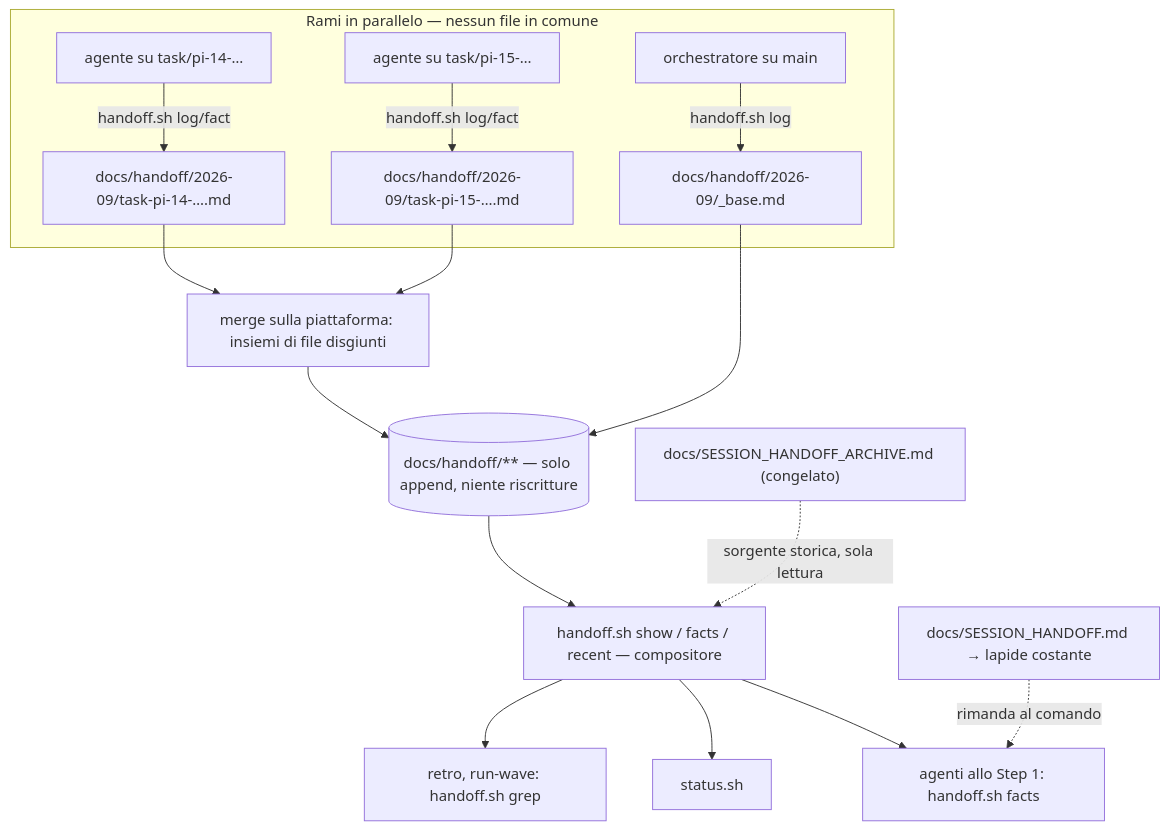
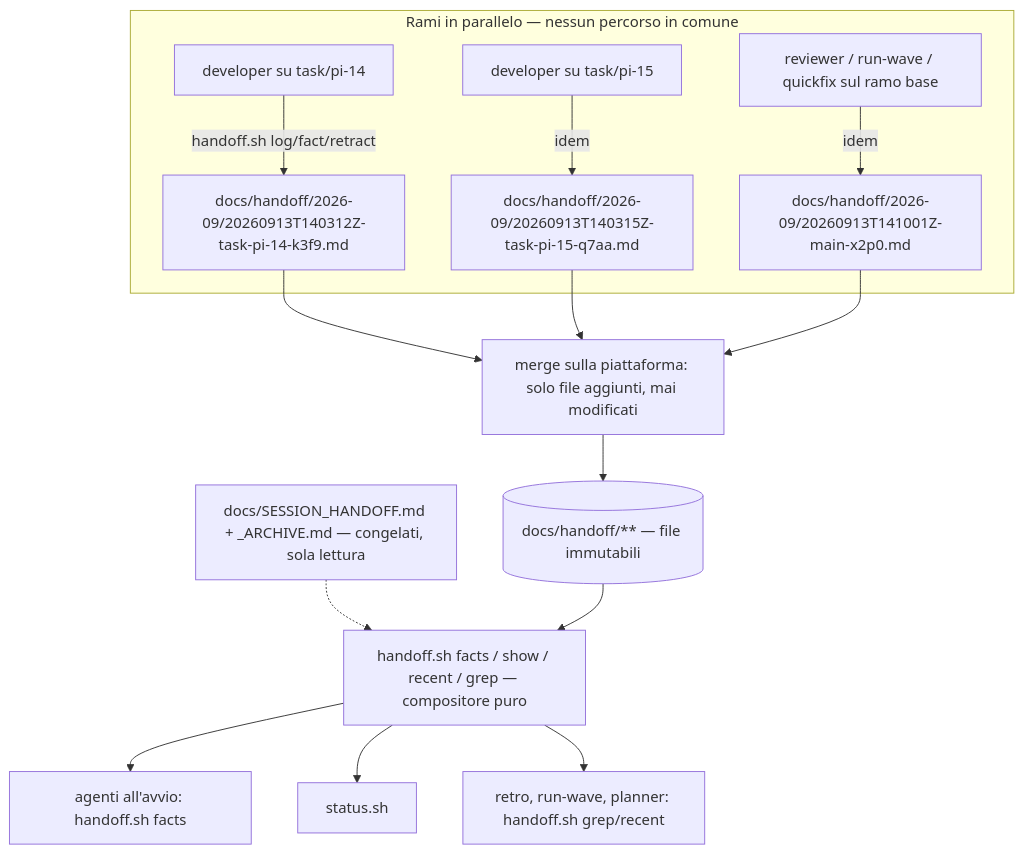
Before and after one commit to FCabiddu/pocket-it: the diagram in tech-analysis/HANDOFF_MEMORY_TECH_ANALYSIS.md, drawn with Mermaid. The commit also changed other lines of this file and 4 other files, not shown here.

````diff
--- a/tech-analysis/HANDOFF_MEMORY_TECH_ANALYSIS.md
+++ b/tech-analysis/HANDOFF_MEMORY_TECH_ANALYSIS.md
@@ -33,18 +33,17 @@
 ```mermaid
 graph TD
-  subgraph rami["Rami in parallelo — nessun file in comune"]
-    A["agente su task/pi-14-…"] -->|"handoff.sh log/fact"| FA["docs/handoff/2026-09/task-pi-14-….md"]
-    B["agente su task/pi-15-…"] -->|"handoff.sh log/fact"| FB["docs/handoff/2026-09/task-pi-15-….md"]
-    C["orchestratore su main"] -->|"handoff.sh log"| FC["docs/handoff/2026-09/_base.md"]
+  subgraph rami["Rami in parallelo — nessun percorso in comune"]
+    A["developer su task/pi-14"] -->|"handoff.sh log/fact/retract"| FA["docs/handoff/2026-09/20260913T140312Z-task-pi-14-k3f9.md"]
+    B["developer su task/pi-15"] -->|"idem"| FB["docs/handoff/2026-09/20260913T140315Z-task-pi-15-q7aa.md"]
+    C["reviewer / run-wave / quickfix sul ramo base"] -->|"idem"| FC["docs/handoff/2026-09/20260913T141001Z-main-x2p0.md"]
   end
-  FA --> M["merge sulla piattaforma: insiemi di file disgiunti"]
+  FA --> M["merge sulla piattaforma: solo file aggiunti, mai modificati"]
   FB --> M
-  M --> D[("docs/handoff/** — solo append, niente riscritture")]
-  FC --> D
-  ARCH["docs/SESSION_HANDOFF_ARCHIVE.md (congelato)"] -.->|"sorgente storica, sola lettura"| COMP
-  D --> COMP["handoff.sh show / facts / recent — compositore"]
-  COMP --> R1["agenti allo Step 1: handoff.sh facts"]
+  FC --> M
+  M --> D[("docs/handoff/** — file immutabili")]
+  OLD["docs/SESSION_HANDOFF.md + _ARCHIVE.md — congelati, sola lettura"] -.-> COMP
+  D --> COMP["handoff.sh facts / show / recent / grep — compositore puro"]
+  COMP --> R1["agenti all'avvio: handoff.sh facts"]
   COMP --> R2["status.sh"]
-  COMP --> R3["retro, run-wave: handoff.sh grep"]
-  TOMB["docs/SESSION_HANDOFF.md → lapide costante"] -.->|"rimanda al comando"| R1
+  COMP --> R3["retro, run-wave, planner: handoff.sh grep/recent"]
 ```
````
